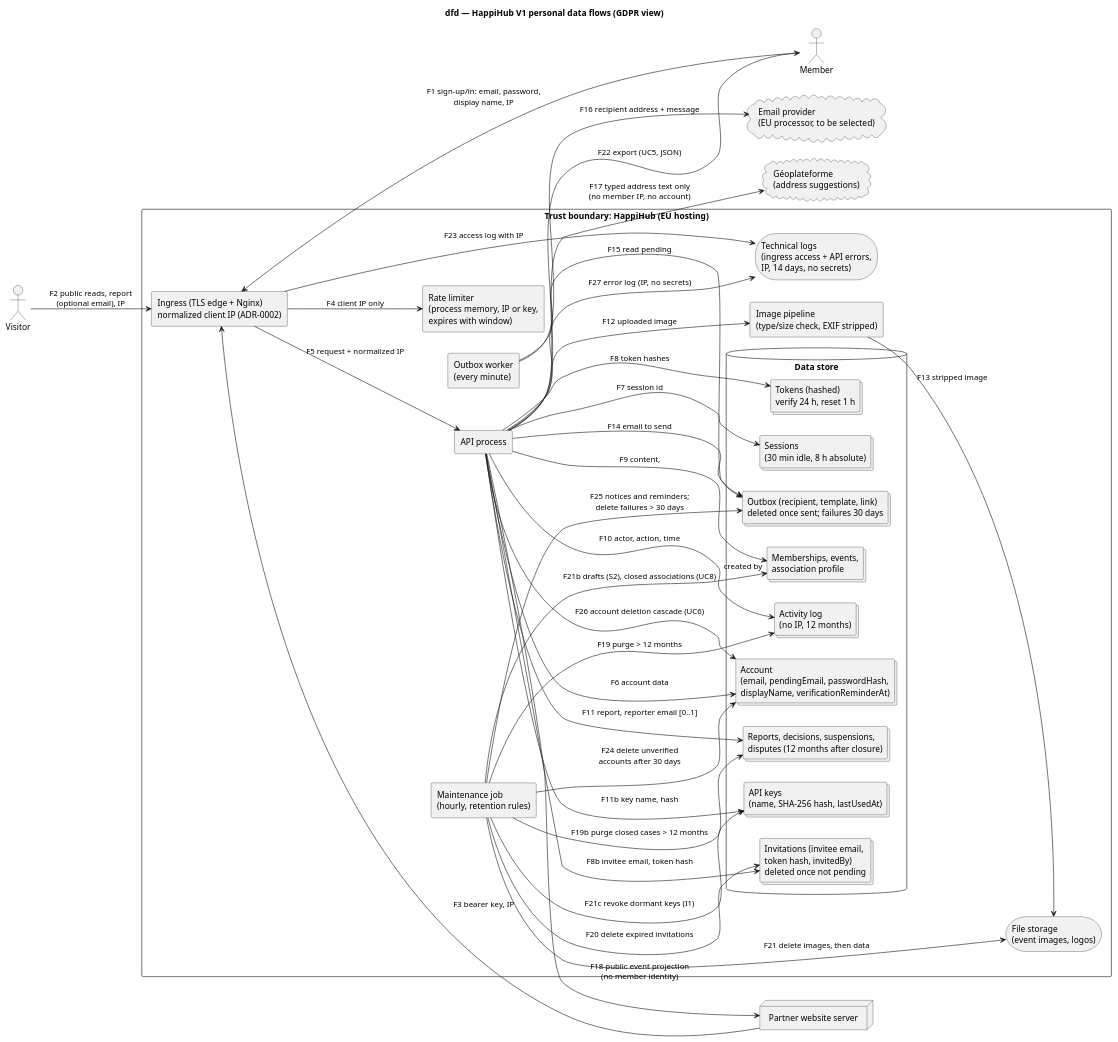
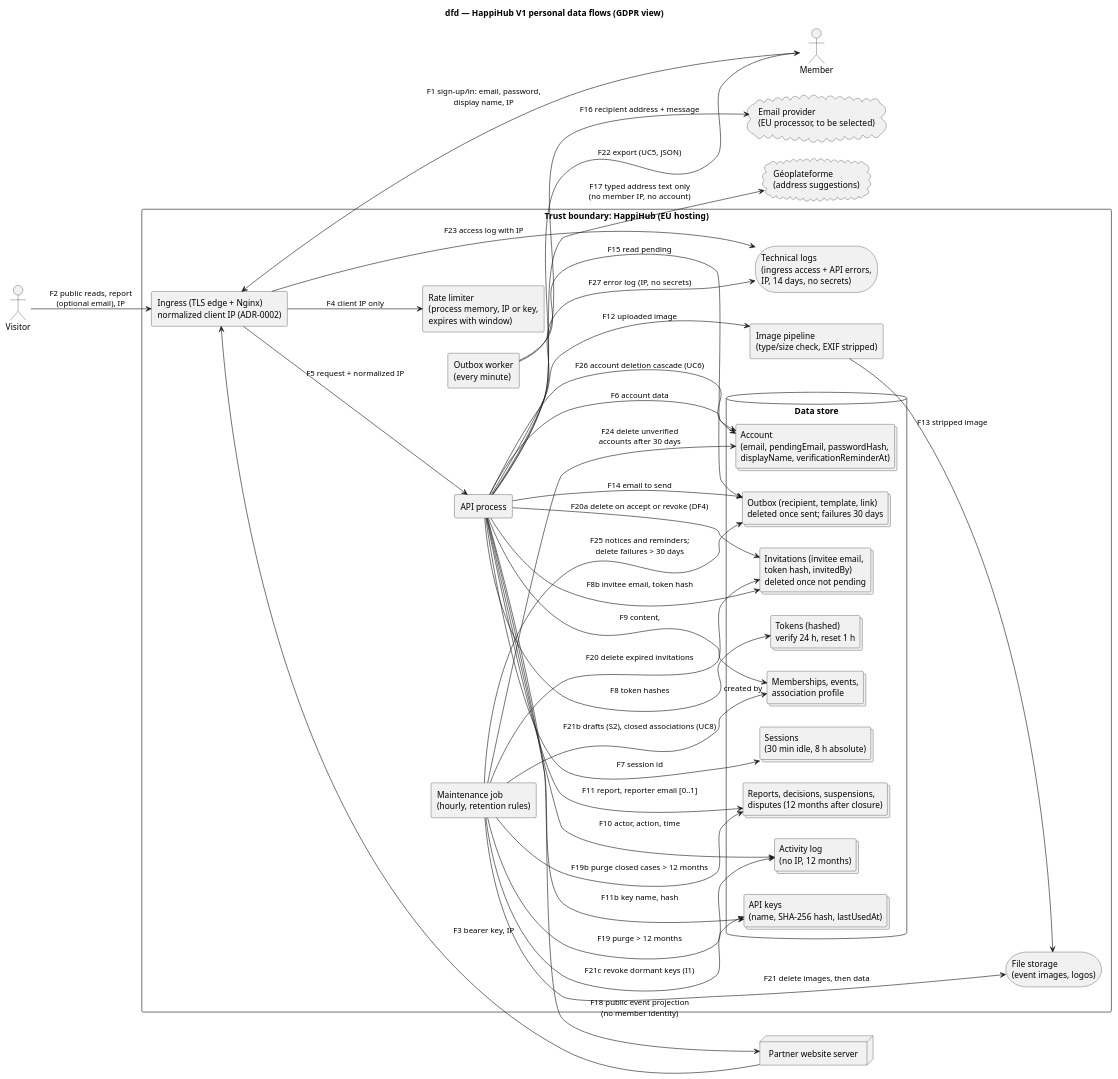
One commit to benoit-bremaud/HappiHub changed the diagram in docs/architecture/diagrams/v1-events/06-data-flow.puml. Above: the diagram before and after it, drawn with PlantUML. The commit also changed 10 other files, not shown here.

First line of the commit message:
docs(uml): align sequences and use cases with DF4/DF5 after review

```diff
--- a/docs/architecture/diagrams/v1-events/06-data-flow.puml
+++ b/docs/architecture/diagrams/v1-events/06-data-flow.puml
@@ -1,69 +1,70 @@
 @startuml
 title dfd — HappiHub V1 personal data flows (GDPR view)
 skinparam shadowing false
 skinparam componentStyle rectangle
 left to right direction
 
 actor "Member" as M
 actor "Visitor" as V
 node "Partner website server" as P
 
 rectangle "Trust boundary: HappiHub (EU hosting)" {
   component "Ingress (TLS edge + Nginx)\nnormalized client IP (ADR-0002)" as N
   component "API process" as API
   component "Rate limiter\n(process memory, IP or key,\nexpires with window)" as RL
   component "Image pipeline\n(type/size check, EXIF stripped)" as IMG
   component "Maintenance job\n(hourly, retention rules)" as MJ
   component "Outbox worker\n(every minute)" as OW
 
   database "Data store" as DB {
     collections "Account\n(email, pendingEmail, passwordHash,\ndisplayName, verificationReminderAt)" as D_ACC
     collections "Sessions\n(30 min idle, 8 h absolute)" as D_SES
     collections "Tokens (hashed)\nverify 24 h, reset 1 h" as D_TOK
     collections "Invitations (invitee email,\ntoken hash, invitedBy)\ndeleted once not pending" as D_INV
     collections "Memberships, events,\nassociation profile" as D_ASSO
     collections "Activity log\n(no IP, 12 months)" as D_LOG
     collections "Reports, decisions, suspensions,\ndisputes (12 months after closure)" as D_MOD
     collections "Outbox (recipient, template, link)\ndeleted once sent; failures 30 days" as D_OUT
     collections "API keys\n(name, SHA-256 hash, lastUsedAt)" as D_KEY
   }
   storage "Technical logs\n(ingress access + API errors,\nIP, 14 days, no secrets)" as TL
   storage "File storage\n(event images, logos)" as FS
 }
 
 cloud "Email provider\n(EU processor, to be selected)" as XMAIL
 cloud "Géoplateforme\n(address suggestions)" as XADDR
 
 M --> N : F1 sign-up/in: email, password,\ndisplay name, IP
 V --> N : F2 public reads, report\n(optional email), IP
 P --> N : F3 bearer key, IP
 N --> RL : F4 client IP only
 N --> TL : F23 access log with IP
 N --> API : F5 request + normalized IP
 API --> TL : F27 error log (IP, no secrets)
 API --> D_ACC : F6 account data
 API --> D_SES : F7 session id
 API --> D_TOK : F8 token hashes
 API --> D_INV : F8b invitee email, token hash
 API --> D_ASSO : F9 content, "created by"
 API --> D_LOG : F10 actor, action, time
 API --> D_MOD : F11 report, reporter email [0..1]
 API --> D_KEY : F11b key name, hash
 API --> IMG : F12 uploaded image
 IMG --> FS : F13 stripped image
 API --> D_OUT : F14 email to send
 OW --> D_OUT : F15 read pending
 OW --> XMAIL : F16 recipient address + message
 API --> XADDR : F17 typed address text only\n(no member IP, no account)
 API --> P : F18 public event projection\n(no member identity)
 MJ --> D_LOG : F19 purge > 12 months
 MJ --> D_MOD : F19b purge closed cases > 12 months
+API --> D_INV : F20a delete on accept or revoke (DF4)
 MJ --> D_INV : F20 delete expired invitations
 MJ --> FS : F21 delete images, then data
 MJ --> D_ASSO : F21b drafts (S2), closed associations (UC8)
 MJ --> D_KEY : F21c revoke dormant keys (I1)
 MJ --> D_ACC : F24 delete unverified\naccounts after 30 days
 MJ --> D_OUT : F25 notices and reminders;\ndelete failures > 30 days
 API --> M : F22 export (UC5, JSON)
 API --> D_ACC : F26 account deletion cascade (UC6)
 @enduml
```
